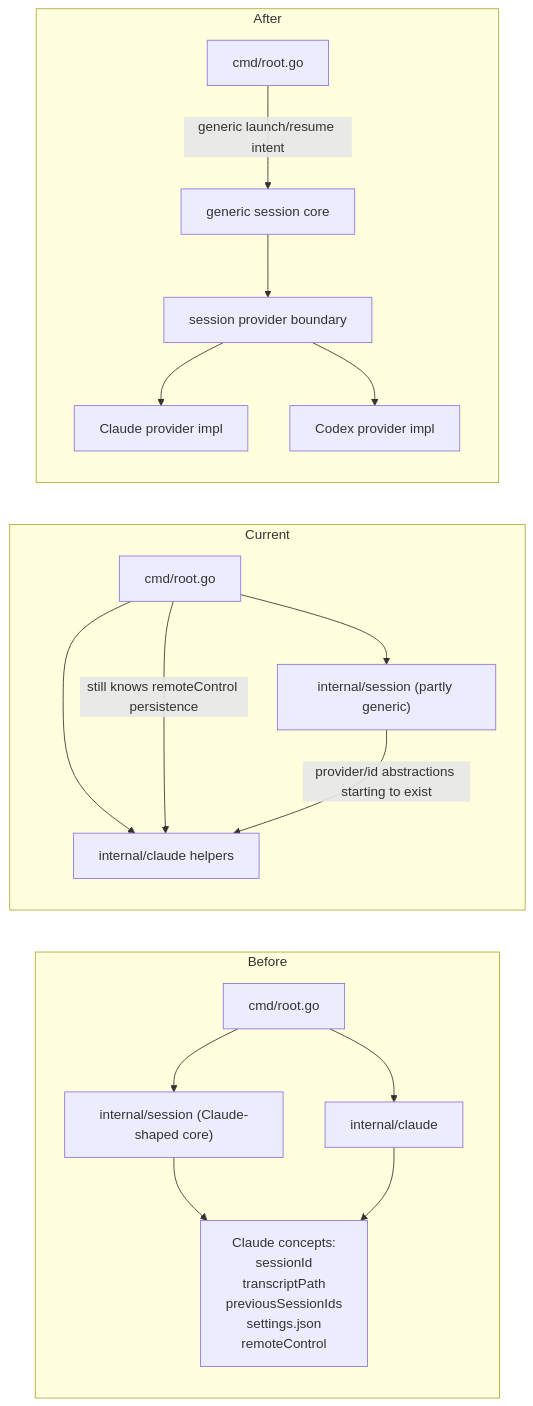
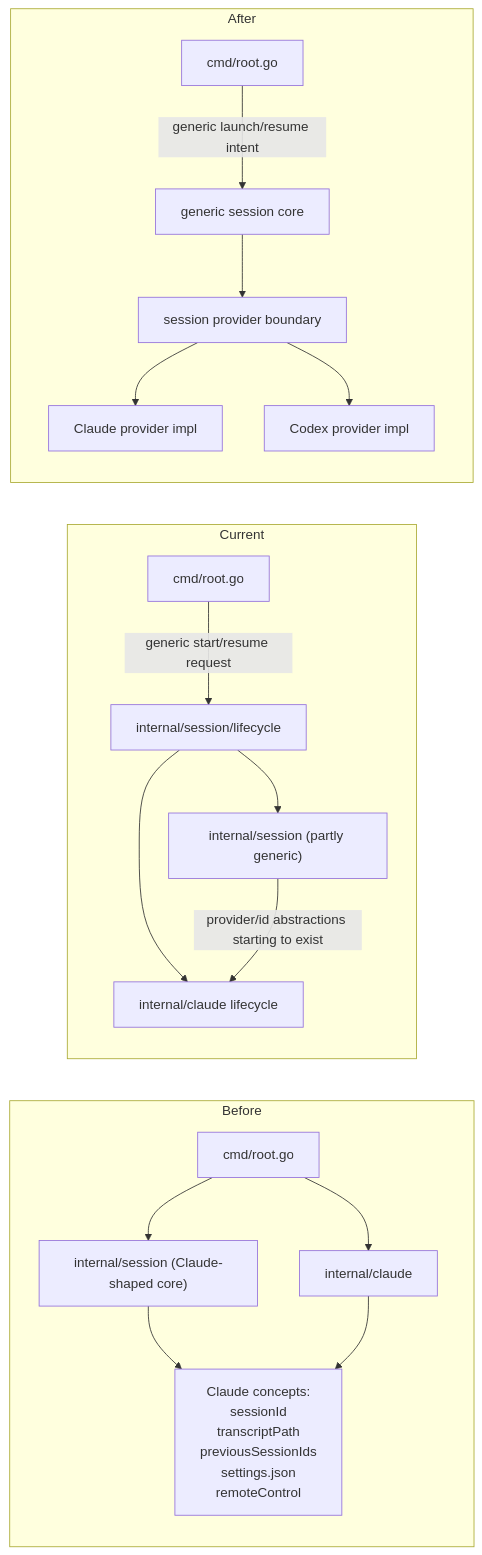
Before and after one commit to agoodkind/clotilde: the first of 2 diagrams in docs/session-provider-refactor/session-provider-refactor.md, drawn with Mermaid. The commit also changed other lines of this file and 51 other files, not shown here.

````diff
--- a/docs/session-provider-refactor/session-provider-refactor.md
+++ b/docs/session-provider-refactor/session-provider-refactor.md
@@ -57,41 +59,42 @@
 ```mermaid
 flowchart LR
 
 subgraph beforeState [Before]
     CmdBefore["cmd/root.go"]
     SessionBefore["internal/session (Claude-shaped core)"]
     ClaudeBefore["internal/claude"]
     ClaudeConceptsBefore["Claude concepts:
 sessionId
 transcriptPath
 previousSessionIds
 settings.json
 remoteControl"]
     CmdBefore --> SessionBefore
     CmdBefore --> ClaudeBefore
     SessionBefore --> ClaudeConceptsBefore
     ClaudeBefore --> ClaudeConceptsBefore
 end
 
 subgraph currentState [Current]
     CmdCurrent["cmd/root.go"]
     SessionCurrent["internal/session (partly generic)"]
-    ClaudeCurrent["internal/claude helpers"]
-    CmdCurrent --> SessionCurrent
-    CmdCurrent --> ClaudeCurrent
-    CmdCurrent -->|"still knows remoteControl persistence"| ClaudeCurrent
+    LifecycleCurrent["internal/session/lifecycle"]
+    ClaudeCurrent["internal/claude lifecycle"]
+    CmdCurrent -->|"generic start/resume request"| LifecycleCurrent
+    LifecycleCurrent --> SessionCurrent
+    LifecycleCurrent --> ClaudeCurrent
     SessionCurrent -->|"provider/id abstractions starting to exist"| ClaudeCurrent
 end
 
 subgraph targetState [After]
     CmdAfter["cmd/root.go"]
     SessionCore["generic session core"]
     ProviderBoundary["session provider boundary"]
     ClaudeProvider["Claude provider impl"]
     CodexProvider["Codex provider impl"]
     CmdAfter -->|"generic launch/resume intent"| SessionCore
     SessionCore --> ProviderBoundary
     ProviderBoundary --> ClaudeProvider
     ProviderBoundary --> CodexProvider
 end
 ```
````
